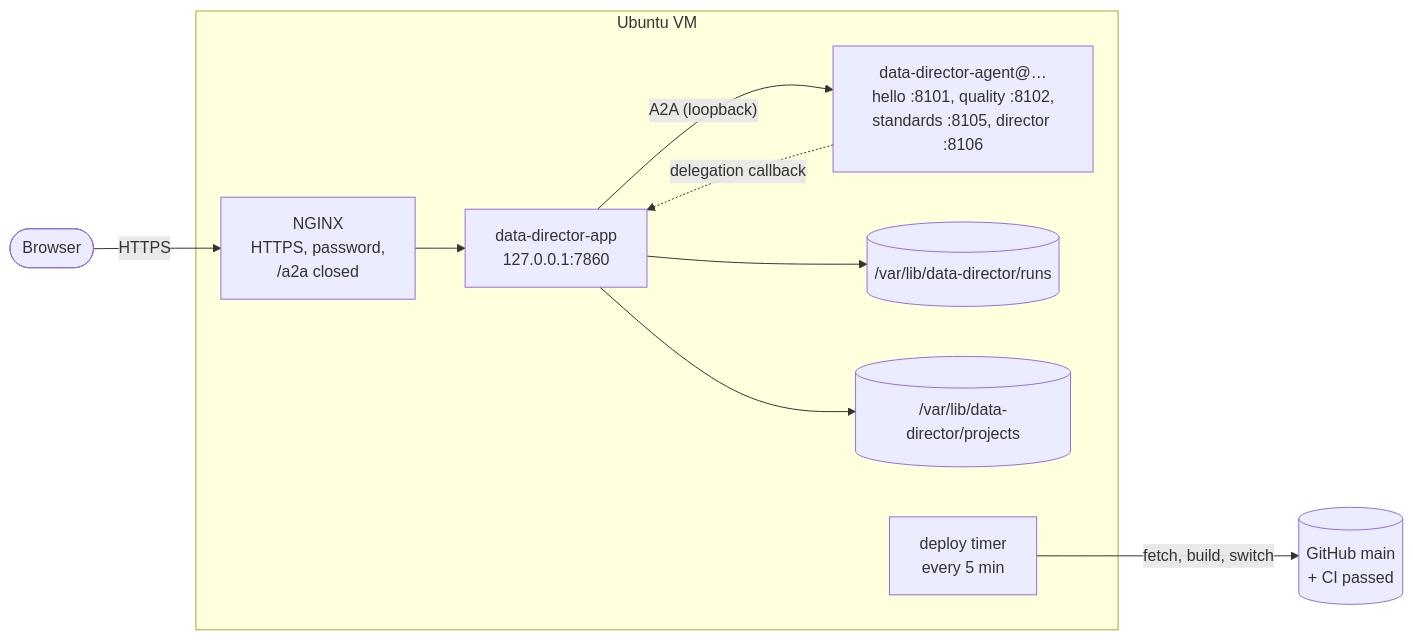
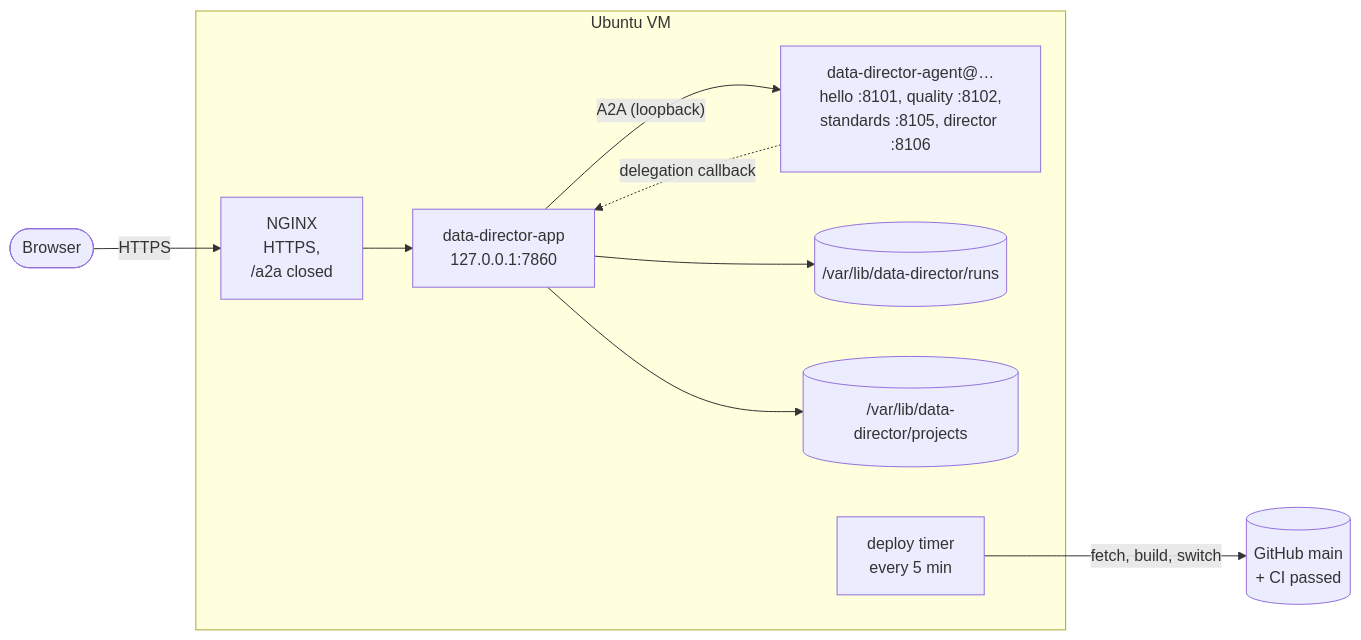
Before and after one commit to data-director-agent/data-director: the fifth of 5 diagrams in docs/architecture.md, drawn with Mermaid. The commit also changed other lines of this file and 4 other files, not shown here.

````diff
--- a/docs/architecture.md
+++ b/docs/architecture.md
@@ -301,20 +301,20 @@
 ```mermaid
 flowchart LR
     browser(["Browser"])
     subgraph vm["Ubuntu VM"]
-        nginx["NGINX<br/>HTTPS, password,<br/>/a2a closed"]
+        nginx["NGINX<br/>HTTPS,<br/>/a2a closed"]
         app["data-director-app<br/>127.0.0.1:7860"]
         agents["data-director-agent@…<br/>hello :8101, quality :8102,<br/>standards :8105, director :8106"]
         runs[("/var/lib/data-director/runs")]
         projects[("/var/lib/data-director/projects")]
         timer["deploy timer<br/>every 5 min"]
     end
     github[("GitHub main<br/>+ CI passed")]
 
     browser -- HTTPS --> nginx --> app
     app -- "A2A (loopback)" --> agents
     agents -. "delegation callback" .-> app
     app --> runs
     app --> projects
     timer -- "fetch, build, switch" --> github
 ```
````
